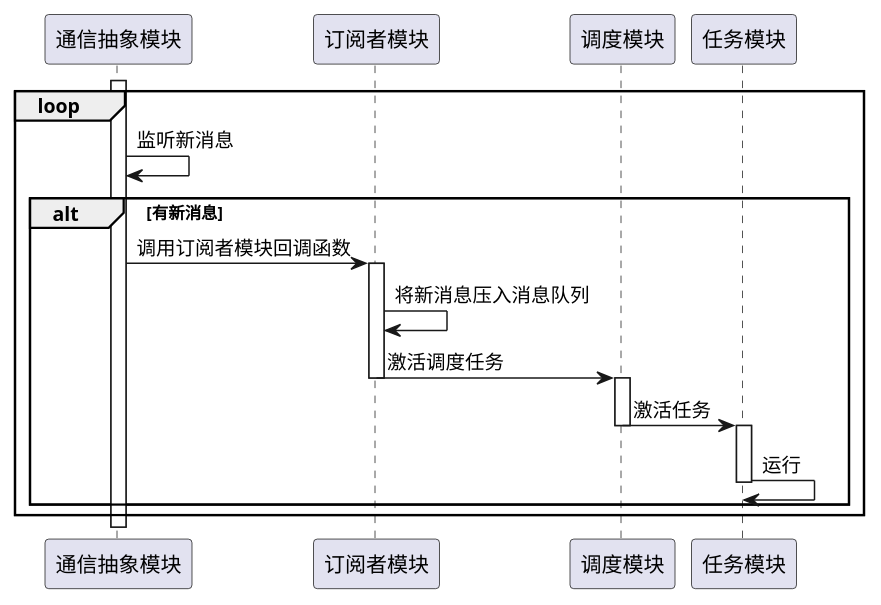
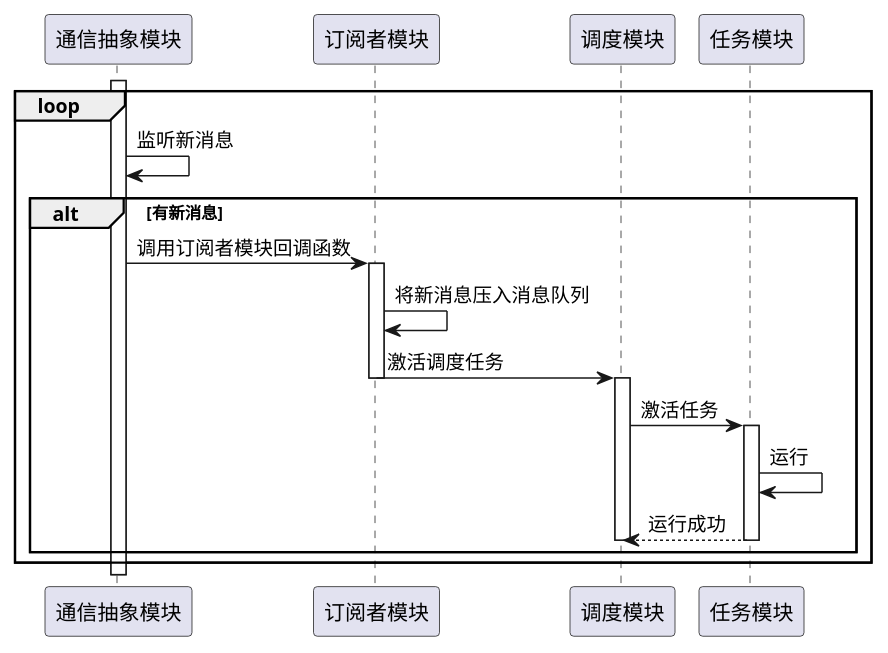
The diagram in uml/message_tick_gaiyao.wsd (woshigerunze/new_paper), drawn with PlantUML before and after one commit. The commit also changed 30 other files, not shown here.

```diff
--- a/uml/message_tick_gaiyao.wsd
+++ b/uml/message_tick_gaiyao.wsd
@@ -1,17 +1,18 @@
 activate 通信抽象模块
 loop
 通信抽象模块 -> 通信抽象模块 : 监听新消息
 alt 有新消息
 通信抽象模块 -> 订阅者模块 : 调用订阅者模块回调函数
 activate 订阅者模块
 订阅者模块 -> 订阅者模块 : 将新消息压入消息队列
 订阅者模块 -> 调度模块 : 激活调度任务
 deactivate 订阅者模块
 activate 调度模块
 调度模块 -> 任务模块 : 激活任务
-deactivate 调度模块
 activate 任务模块 
 任务模块 -> 任务模块 : 运行
-deactivate 任务模块
+任务模块 --> 调度模块 -- : 运行成功
+deactivate 调度模块
+
 end
 end
```
